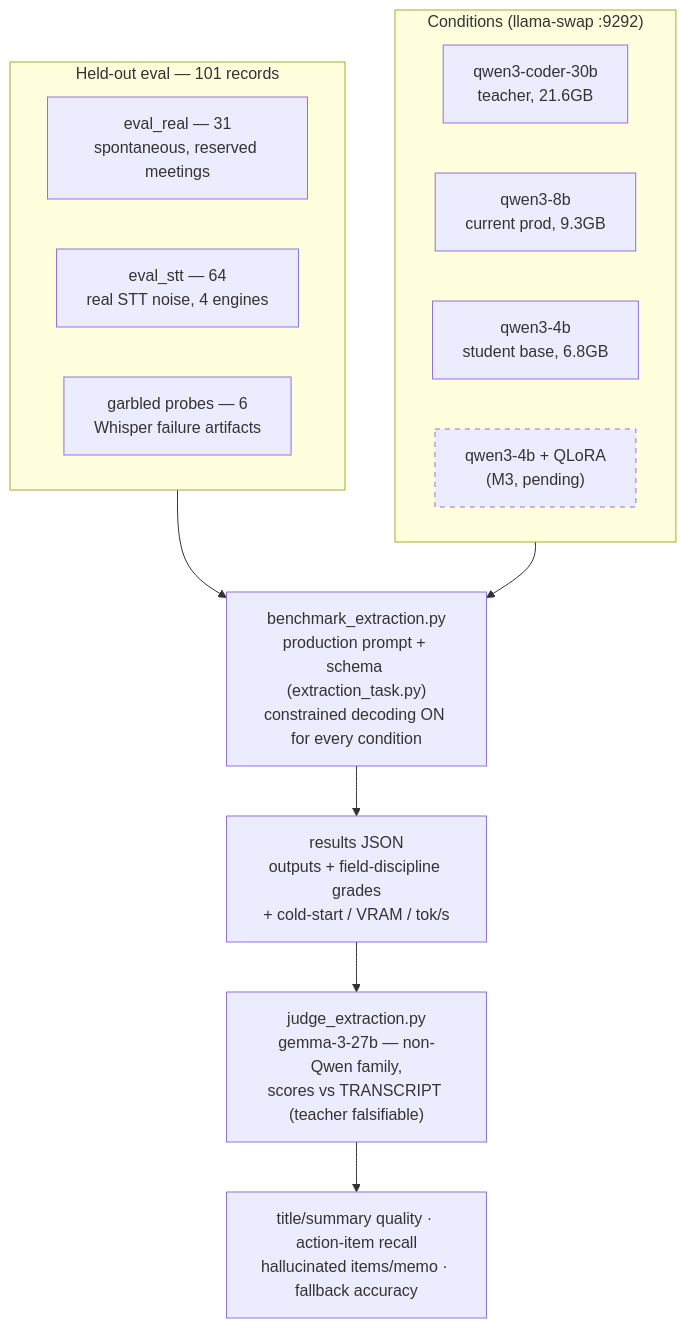
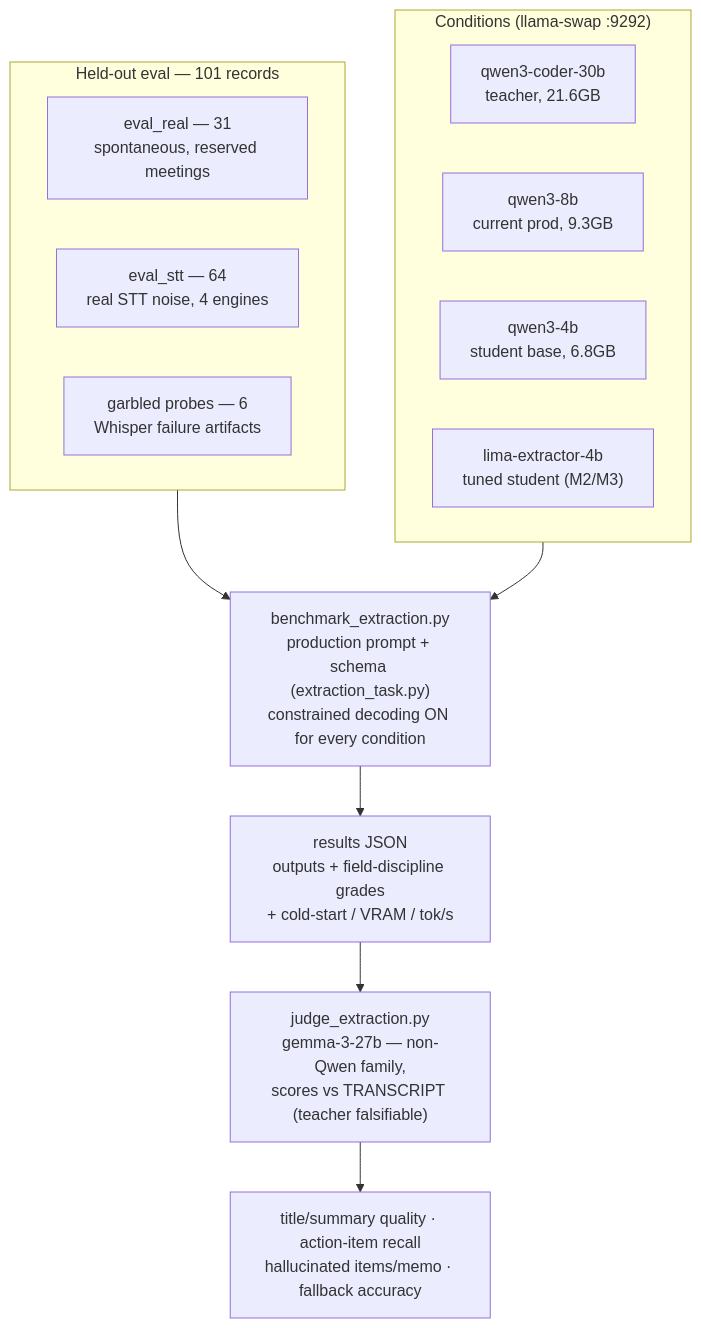
The second of 3 diagrams in finetune/README.md (leoric-crown/lima), drawn with Mermaid before and after one commit. The commit also changed other lines of this file and 9 other files, not shown here.

First line of the commit message:
feat(finetune,benchmark): M2 QLoRA run + M3 deployed tuned-vs-base comparison

````diff
--- a/finetune/README.md
+++ b/finetune/README.md
@@ -90,23 +90,22 @@
 ```mermaid
 flowchart TD
     subgraph EV["Held-out eval — 101 records"]
         E1["eval_real — 31<br>spontaneous, reserved meetings"]
         E2["eval_stt — 64<br>real STT noise, 4 engines"]
         E3["garbled probes — 6<br>Whisper failure artifacts"]
     end
 
     subgraph MODELS["Conditions (llama-swap :9292)"]
         T["qwen3-coder-30b<br>teacher, 21.6GB"]
         P["qwen3-8b<br>current prod, 9.3GB"]
         S["qwen3-4b<br>student base, 6.8GB"]
-        FT["qwen3-4b + QLoRA<br>(M3, pending)"]
+        FT["lima-extractor-4b<br>tuned student (M2/M3)"]
     end
 
     EV --> BE["benchmark_extraction.py<br>production prompt + schema (extraction_task.py)<br>constrained decoding ON for every condition"]
     MODELS --> BE
     BE --> RES["results JSON<br>outputs + field-discipline grades<br>+ cold-start / VRAM / tok/s"]
     RES --> JU["judge_extraction.py<br>gemma-3-27b — non-Qwen family,<br>scores vs TRANSCRIPT (teacher falsifiable)"]
     JU --> OUT["title/summary quality · action-item recall<br>hallucinated items/memo · fallback accuracy"]
 
-    style FT stroke-dasharray: 5 5
 ```
````
